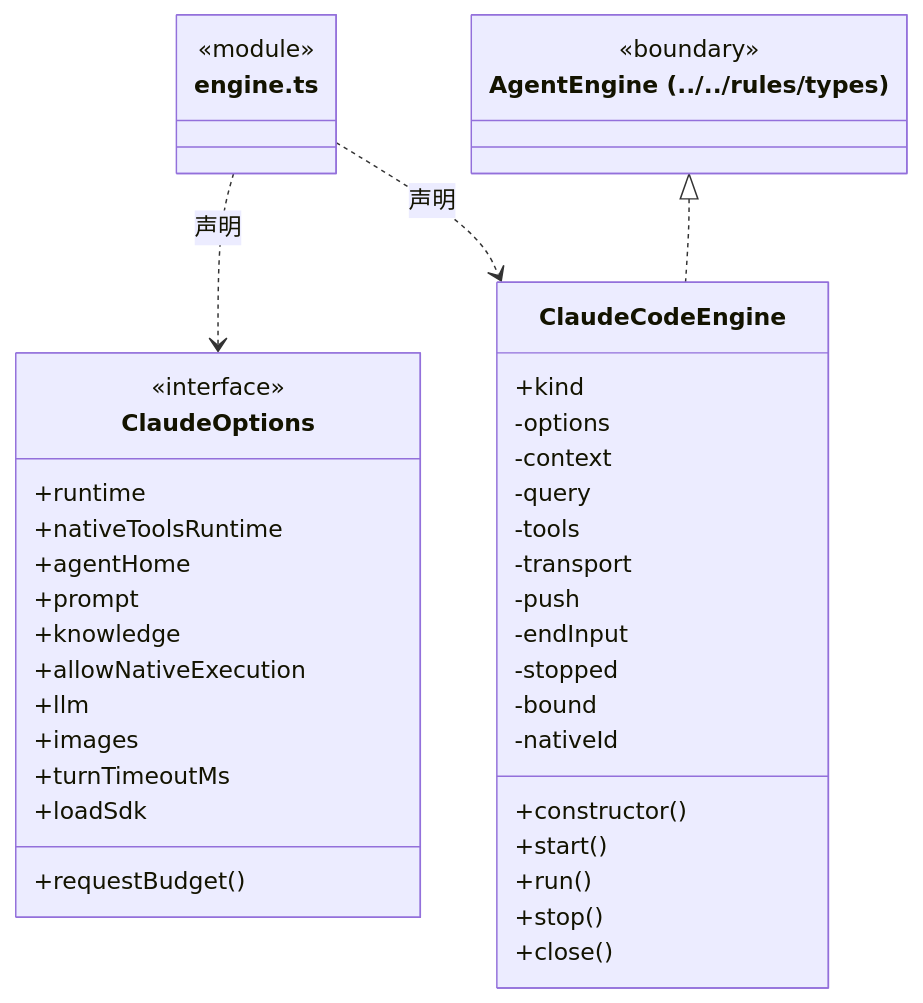
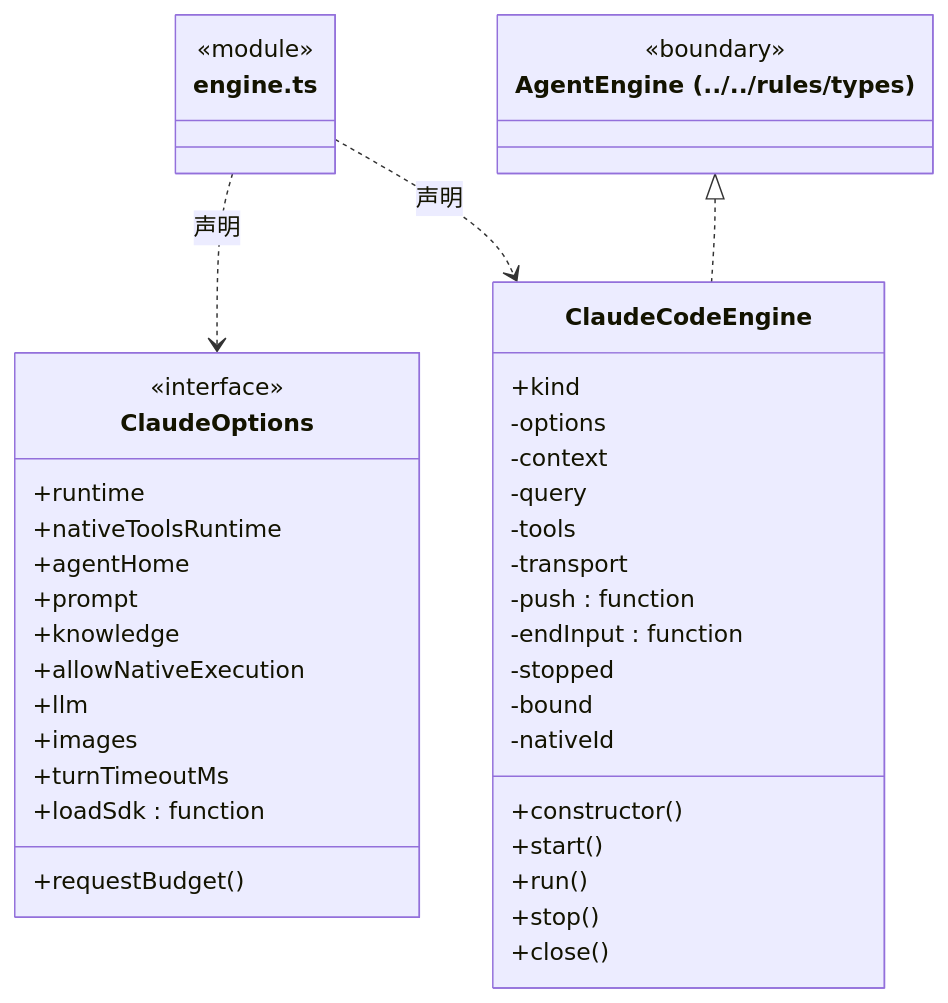
Before and after one commit to nan023062/cbim: the second of 7 diagrams in src/logic/execution/engines/claude/ARCHITECTURE.md, drawn with Mermaid. The commit also changed other lines of this file and 137 other files, not shown here.

Commit message:
fix: align architecture generator with documentation standards

````diff
--- a/src/logic/execution/engines/claude/ARCHITECTURE.md
+++ b/src/logic/execution/engines/claude/ARCHITECTURE.md
@@ -112,44 +114,44 @@
 ```mermaid
 classDiagram
 class N_src_logic_execution_engines_claude_engine_ts["engine.ts"] {
   <<module>>
 }
 class N_src_logic_execution_engines_claude_engine_ts_ClaudeOptions["ClaudeOptions"] {
   <<interface>>
   +runtime
   +nativeToolsRuntime
   +agentHome
   +prompt
   +knowledge
   +allowNativeExecution
   +llm
   +images
   +turnTimeoutMs
   +requestBudget()
-  +loadSdk
+  +loadSdk : function
 }
 N_src_logic_execution_engines_claude_engine_ts ..> N_src_logic_execution_engines_claude_engine_ts_ClaudeOptions : 声明
 class N_src_logic_execution_engines_claude_engine_ts_ClaudeCodeEngine["ClaudeCodeEngine"] {
   +kind
   +constructor()
   +start()
   +run()
   +stop()
   +close()
   -options
   -context
   -query
   -tools
   -transport
-  -push
-  -endInput
+  -push : function
+  -endInput : function
   -stopped
   -bound
   -nativeId
 }
 N_src_logic_execution_engines_claude_engine_ts ..> N_src_logic_execution_engines_claude_engine_ts_ClaudeCodeEngine : 声明
 class N_src_logic_execution_engines_claude_engine_ts_external_AgentEngine["AgentEngine (../../rules/types)"] {
   <<boundary>>
 }
 N_src_logic_execution_engines_claude_engine_ts_external_AgentEngine <|.. N_src_logic_execution_engines_claude_engine_ts_ClaudeCodeEngine
 ```
````
